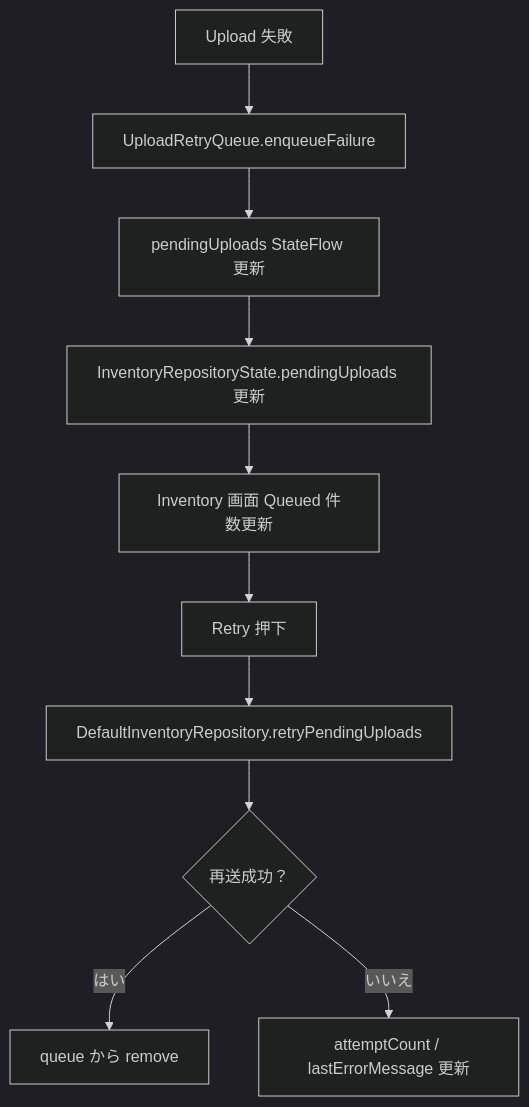
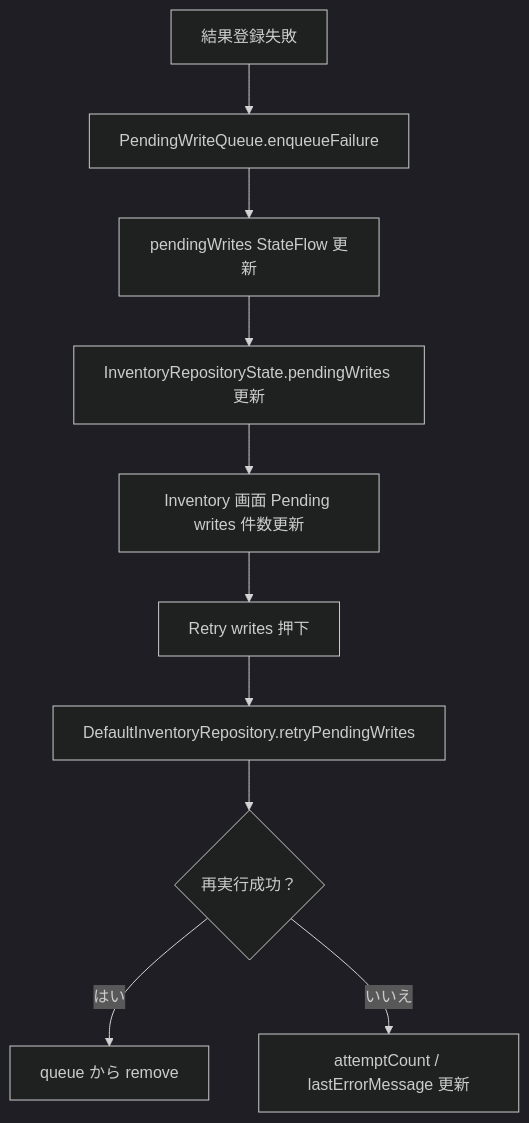
One commit to kuroronrobins/TraceLink changed the third of 3 diagrams in AndroidStudio/RP902App/docs/onboarding/05_データの流れ.md. Above: the diagram before and after it, drawn with Mermaid (dark theme). The commit also changed other lines of this file and 83 other files, not shown here.

````diff
--- a/AndroidStudio/RP902App/docs/onboarding/05_データの流れ.md
+++ b/AndroidStudio/RP902App/docs/onboarding/05_データの流れ.md
@@ -94,12 +62,12 @@
 ```mermaid
 flowchart TD
-    A["Upload 失敗"] --> B["UploadRetryQueue.enqueueFailure"]
-    B --> C["pendingUploads StateFlow 更新"]
-    C --> D["InventoryRepositoryState.pendingUploads 更新"]
-    D --> E["Inventory 画面 Queued 件数更新"]
-    E --> F["Retry 押下"]
-    F --> G["DefaultInventoryRepository.retryPendingUploads"]
-    G --> H{"再送成功？"}
+    A["結果登録失敗"] --> B["PendingWriteQueue.enqueueFailure"]
+    B --> C["pendingWrites StateFlow 更新"]
+    C --> D["InventoryRepositoryState.pendingWrites 更新"]
+    D --> E["Inventory 画面 Pending writes 件数更新"]
+    E --> F["Retry writes 押下"]
+    F --> G["DefaultInventoryRepository.retryPendingWrites"]
+    G --> H{"再実行成功？"}
     H -- "はい" --> I["queue から remove"]
     H -- "いいえ" --> J["attemptCount / lastErrorMessage 更新"]
 ```
````
